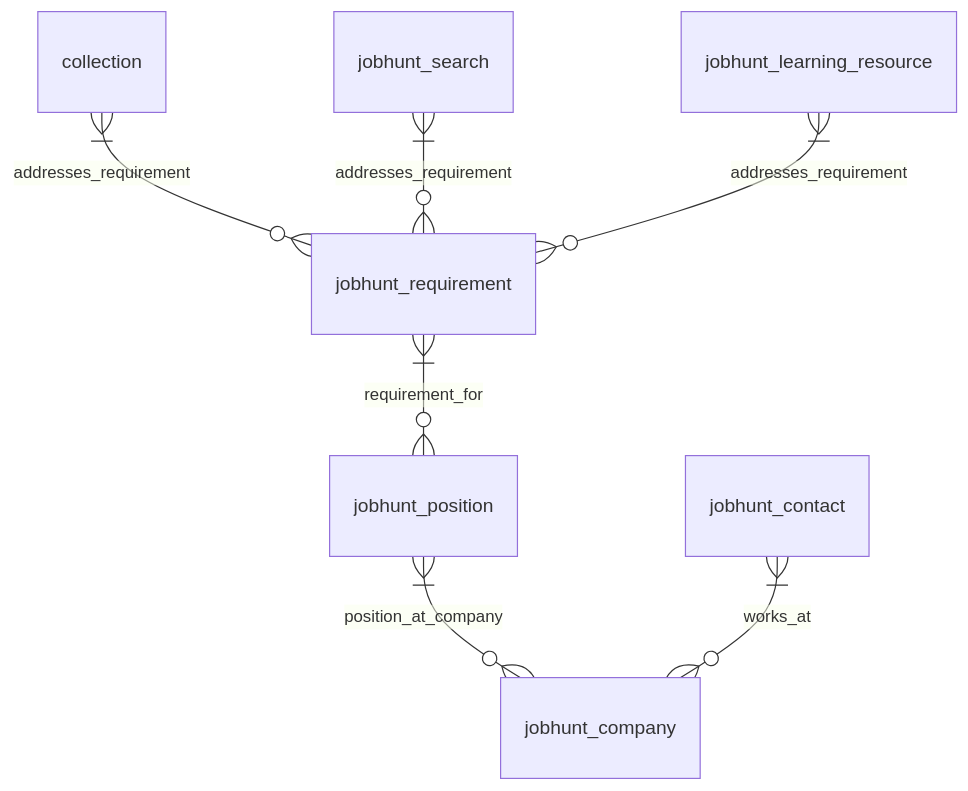
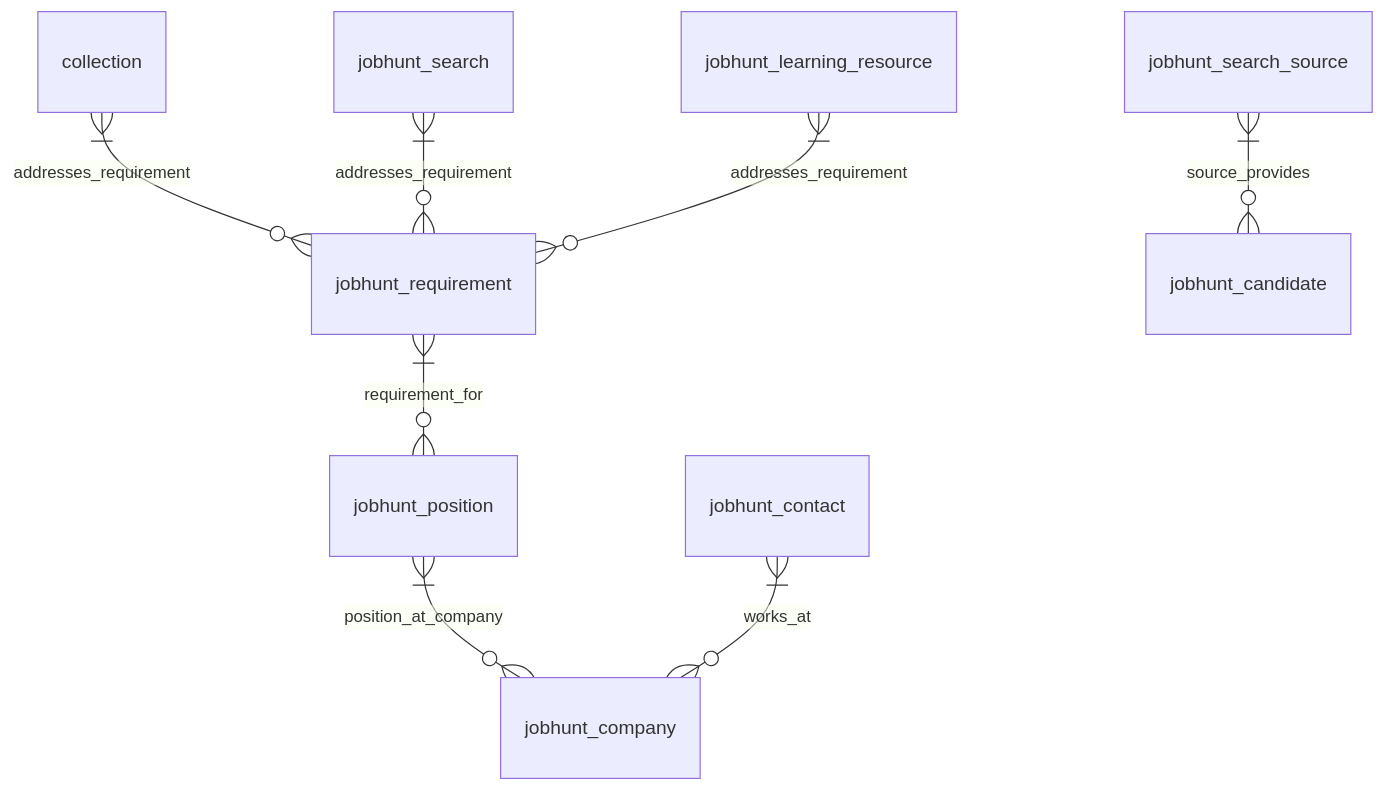
The second of 2 diagrams in local_resources/typedb/docs/jobhunt.md (GullyBurns/skillful-alhazen), drawn with Mermaid before and after one commit. The commit also changed other lines of this file and 9 other files, not shown here.

````diff
--- a/local_resources/typedb/docs/jobhunt.md
+++ b/local_resources/typedb/docs/jobhunt.md
@@ -127,9 +144,10 @@
 ```mermaid
 erDiagram
     collection }|--o{ jobhunt_requirement : addresses_requirement
     jobhunt_search }|--o{ jobhunt_requirement : addresses_requirement
     jobhunt_learning_resource }|--o{ jobhunt_requirement : addresses_requirement
     jobhunt_position }|--o{ jobhunt_company : position_at_company
     jobhunt_requirement }|--o{ jobhunt_position : requirement_for
+    jobhunt_search_source }|--o{ jobhunt_candidate : source_provides
     jobhunt_contact }|--o{ jobhunt_company : works_at
 ```
````
